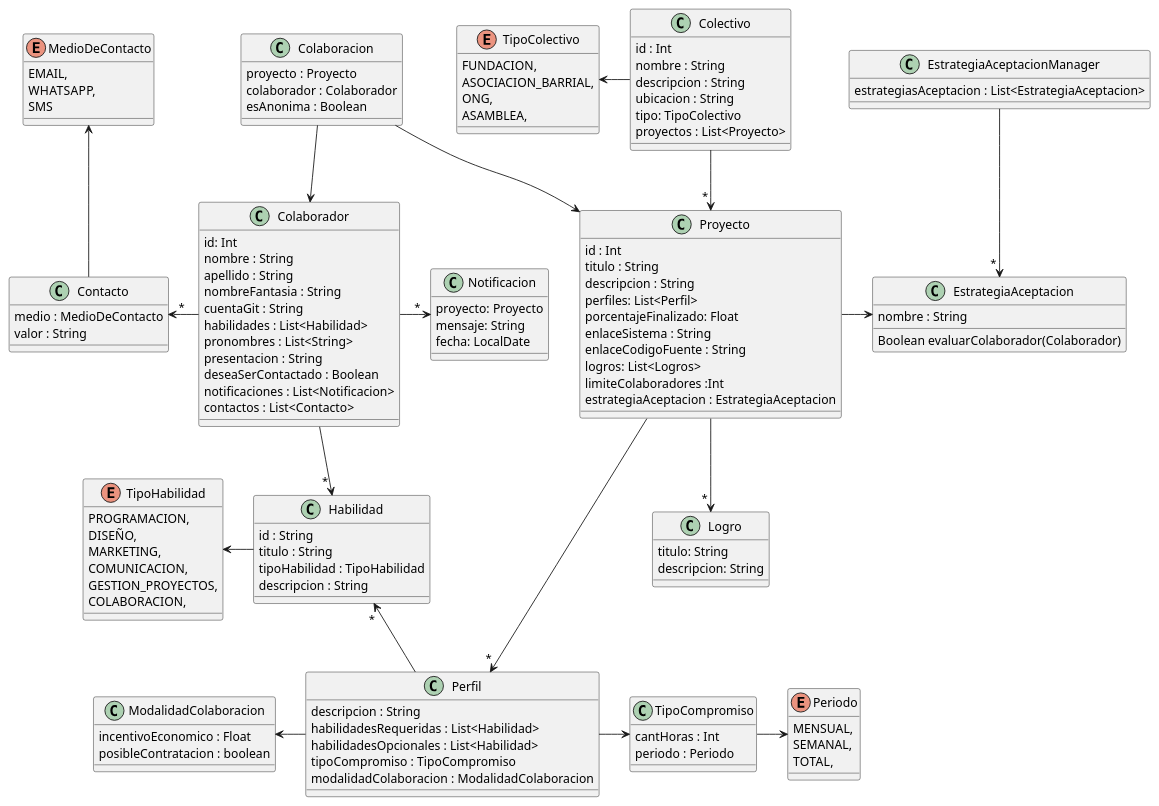
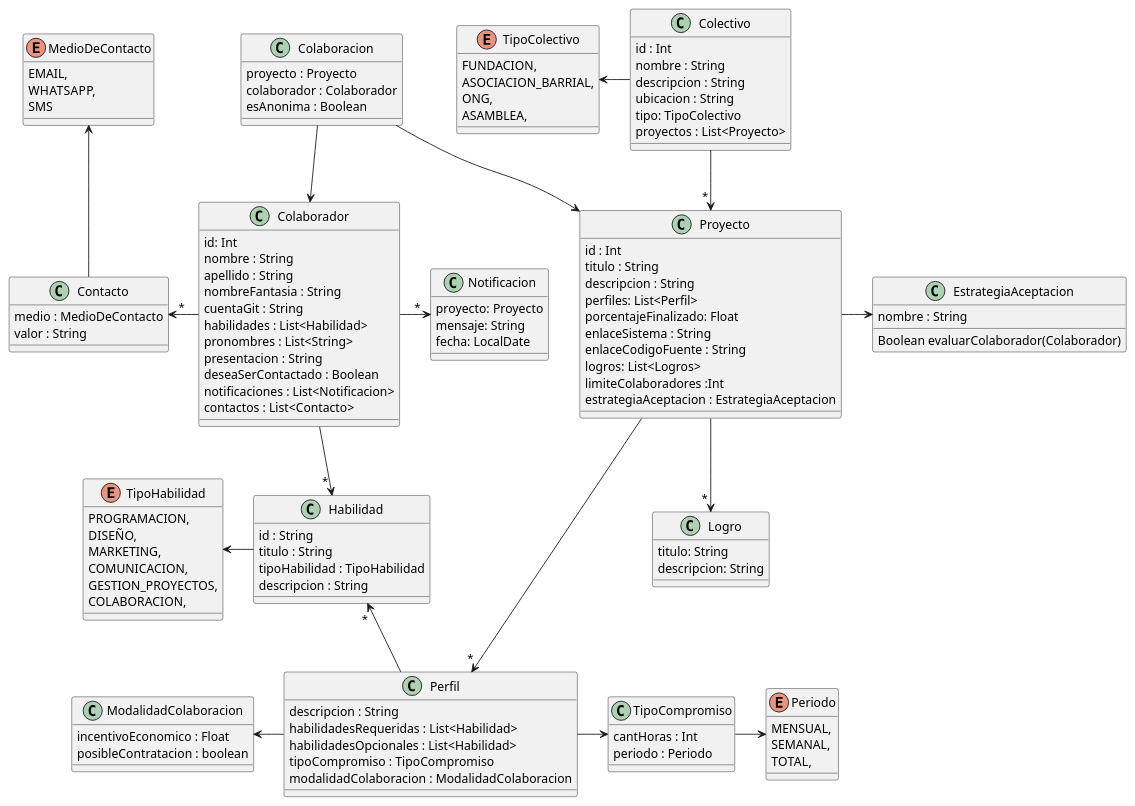
One commit to luchoetapia/tp_ddso_grupo_4 changed the diagram in diagramaDeClases.puml. Above: the diagram before and after it, drawn with PlantUML.

Commit message:
Elimino EstrategiaAceptacionManager

```diff
--- a/diagramaDeClases.puml
+++ b/diagramaDeClases.puml
@@ -1,152 +1,146 @@
 @startuml
 
 class Colectivo {
 id : Int
 nombre : String
 descripcion : String
 ubicacion : String
 tipo: TipoColectivo
 proyectos : List<Proyecto>
 }
 
 class Proyecto {
 id : Int 
 titulo : String
 descripcion : String
 perfiles: List<Perfil>
 porcentajeFinalizado: Float
 enlaceSistema : String
 enlaceCodigoFuente : String
 logros: List<Logros>
 limiteColaboradores :Int
 estrategiaAceptacion : EstrategiaAceptacion
 }
 
 class EstrategiaAceptacion {
     nombre : String
 
     Boolean evaluarColaborador(Colaborador)
-}
-
-class EstrategiaAceptacionManager {
-    estrategiasAceptacion : List<EstrategiaAceptacion>
 }
 
 '(Fran): No estoy seguro que mas agregarle a los logros, consultar.
 class Logro {
 titulo: String
 descripcion: String
 }
 
 class Perfil {
 descripcion : String
 habilidadesRequeridas : List<Habilidad>
 habilidadesOpcionales : List<Habilidad>
 tipoCompromiso : TipoCompromiso
 modalidadColaboracion : ModalidadColaboracion
 }
 
 class TipoCompromiso {
 cantHoras : Int
 periodo : Periodo
 }
 
 ' Cambio el id a String, porque el enunciado dice que es el titulo normalizado.
 class Habilidad {
 id : String
 titulo : String
 tipoHabilidad : TipoHabilidad
 descripcion : String
 }
 
 class Colaborador{
 id: Int
 nombre : String
 apellido : String
 nombreFantasia : String
 cuentaGit : String
 habilidades : List<Habilidad>
 pronombres : List<String>
 presentacion : String
 deseaSerContactado : Boolean
 notificaciones : List<Notificacion>
 contactos : List<Contacto>
 }
 
 class Contacto {
 medio : MedioDeContacto
 valor : String
 }
 
 enum MedioDeContacto {
 EMAIL,
 WHATSAPP,
 SMS
 }
 
 class Notificacion {
 proyecto: Proyecto
 mensaje: String
 fecha: LocalDate
 }
 
 class Colaboracion {
 proyecto : Proyecto
 colaborador : Colaborador
 esAnonima : Boolean
 }
 
 class ModalidadColaboracion {
 incentivoEconomico : Float
 posibleContratacion : boolean
 }
 
 enum TipoColectivo {
 FUNDACION, 
 ASOCIACION_BARRIAL, 
 ONG, 
 ASAMBLEA,
 }
 
 enum Periodo {
 MENSUAL, 
 SEMANAL, 
 TOTAL,
 }
 
 enum TipoHabilidad {
 PROGRAMACION, 
 DISEÑO, 
 MARKETING, 
 COMUNICACION, 
 GESTION_PROYECTOS, 
 COLABORACION,
 }
 
 Colectivo -d-> " * " Proyecto
 Colectivo -l-> TipoColectivo
 
 Proyecto -d-> " * " Perfil
 Proyecto -d-> " * " Logro
 
 Perfil -r-> TipoCompromiso
 Perfil -l-> ModalidadColaboracion
 Perfil -u-> " * " Habilidad
 
 Colaboracion -d-> Proyecto
 
 Colaborador <-u- Colaboracion
 Colaborador -d-> " * " Habilidad
 Colaborador -l-> " * " Contacto
 Colaborador -> " * " Notificacion
 
 Contacto -u-> MedioDeContacto
 
 TipoCompromiso -r-> Periodo
 
 Habilidad -l-> TipoHabilidad
 
 Proyecto -> EstrategiaAceptacion
-
-EstrategiaAceptacionManager -d-> " * " EstrategiaAceptacion
 @enduml
```
